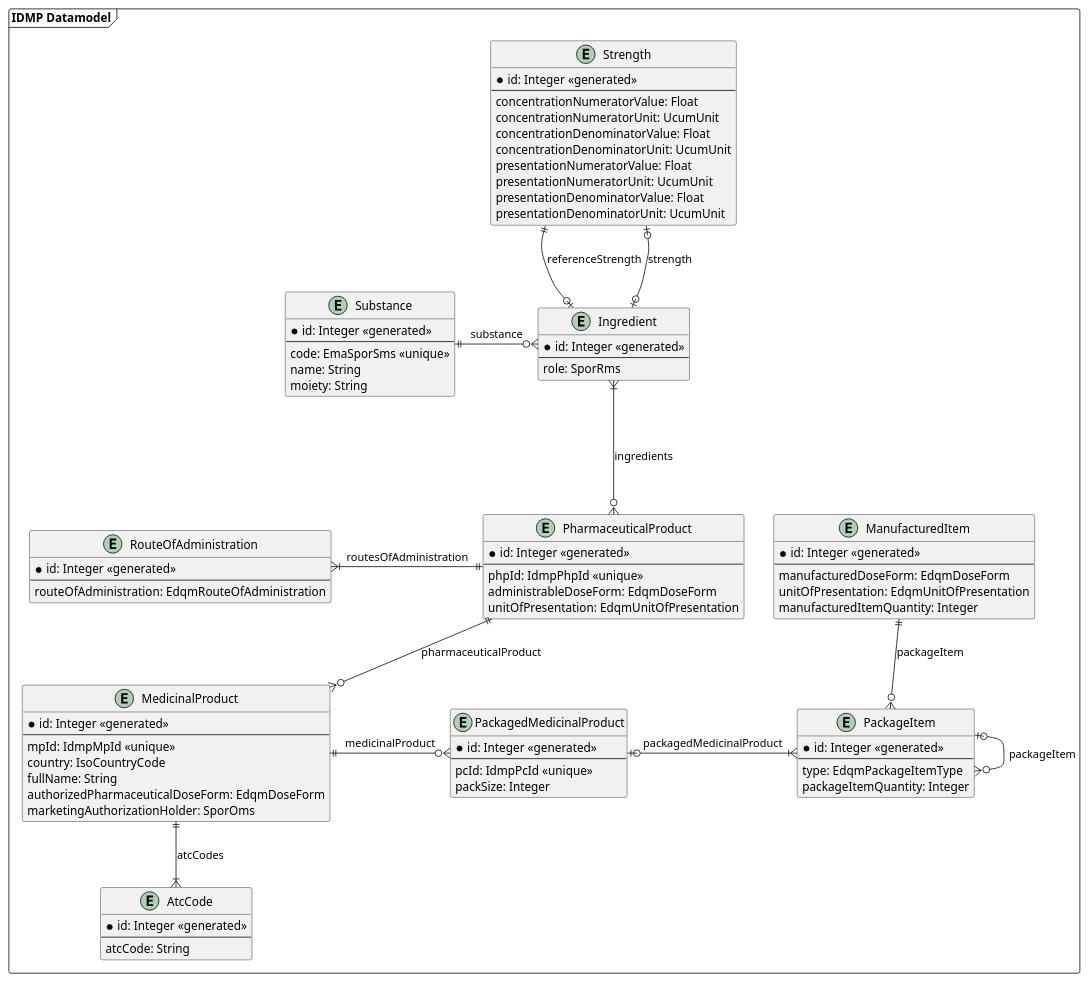
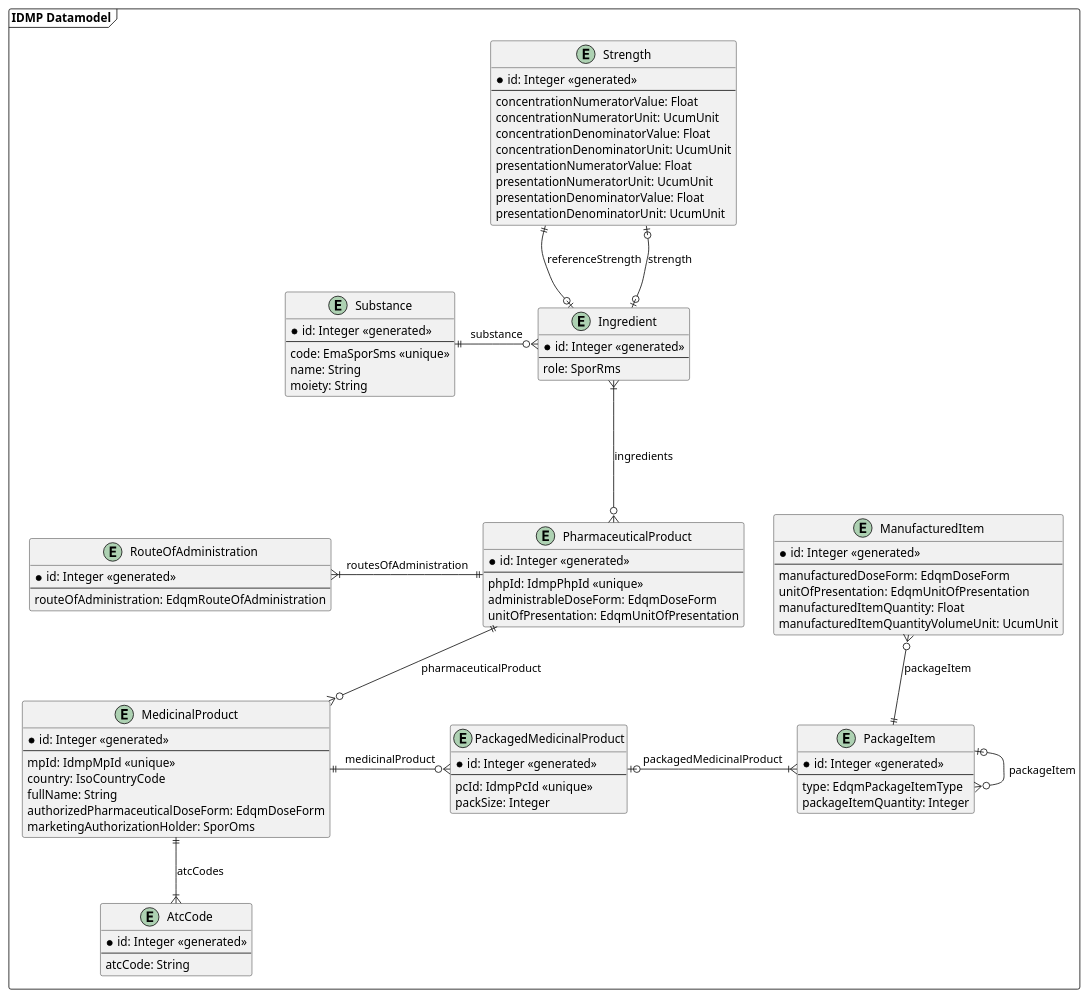
One commit to unicom-project-eu/wp6-db-api changed the diagram in uml/class/datamodel.puml. Above: the diagram before and after it, drawn with PlantUML. The commit also changed 3 other files, not shown here.

Commit message:
Fixed manufactured item

```diff
--- a/uml/class/datamodel.puml
+++ b/uml/class/datamodel.puml
@@ -1,105 +1,106 @@
 @startuml
 'https://plantuml.com/class-diagram
 
 package "IDMP Datamodel" as idmpDatamodel <<frame>> {
     entity Strength {
         * id: Integer <<generated>>
         --
         concentrationNumeratorValue: Float
         concentrationNumeratorUnit: UcumUnit
         concentrationDenominatorValue: Float
         concentrationDenominatorUnit: UcumUnit
         presentationNumeratorValue: Float
         presentationNumeratorUnit: UcumUnit
         presentationDenominatorValue: Float
         presentationDenominatorUnit: UcumUnit
     }
 
     together {
         entity Substance {
             * id: Integer <<generated>>
             --
             code: EmaSporSms <<unique>>
             name: String
             moiety: String
         }
 
         entity Ingredient {
             * id: Integer <<generated>>
             --
             role: SporRms
         }
 
         Substance ||-r-o{ Ingredient : "substance"
     }
 
     together {
         entity RouteOfAdministration {
             * id: Integer <<generated>>
             --
             routeOfAdministration: EdqmRouteOfAdministration
         }
 
         entity PharmaceuticalProduct {
             * id: Integer <<generated>>
             --
             phpId: IdmpPhpId <<unique>>
             administrableDoseForm: EdqmDoseForm
             unitOfPresentation: EdqmUnitOfPresentation
         }
     }
 
     entity MedicinalProduct {
         * id: Integer <<generated>>
         --
         mpId: IdmpMpId <<unique>>
         country: IsoCountryCode
         fullName: String
         authorizedPharmaceuticalDoseForm: EdqmDoseForm
         marketingAuthorizationHolder: SporOms
     }
 
     entity AtcCode {
         * id: Integer <<generated>>
         --
         atcCode: String
     }
 
     entity PackagedMedicinalProduct {
         * id: Integer <<generated>>
         --
         pcId: IdmpPcId <<unique>>
         packSize: Integer
     }
 
     entity PackageItem {
         * id: Integer <<generated>>
         --
         type: EdqmPackageItemType
         packageItemQuantity: Integer
     }
 
     entity ManufacturedItem {
         * id: Integer <<generated>>
         --
         manufacturedDoseForm: EdqmDoseForm
         unitOfPresentation: EdqmUnitOfPresentation
-        manufacturedItemQuantity: Integer
+        manufacturedItemQuantity: Float
+        manufacturedItemQuantityVolumeUnit: UcumUnit
     }
 
     MedicinalProduct ||--|{ AtcCode : "atcCodes"
 
     Strength ||--o| Ingredient : "referenceStrength"
     Strength |o--o| Ingredient : "strength"
 
     Ingredient }|---o{ PharmaceuticalProduct : "ingredients"
 
     RouteOfAdministration }|-r-|| PharmaceuticalProduct : "routesOfAdministration"
     PharmaceuticalProduct ||--o{ MedicinalProduct : "pharmaceuticalProduct"
     MedicinalProduct ||-o{ PackagedMedicinalProduct : "medicinalProduct"
     PackagedMedicinalProduct |o-|{ PackageItem : "packagedMedicinalProduct"
     PackageItem |o-o{ PackageItem : "packageItem"
-    ManufacturedItem ||--o{ PackageItem : "packageItem"
+    ManufacturedItem }o--|| PackageItem : "packageItem"
 }
 
 @enduml
```
